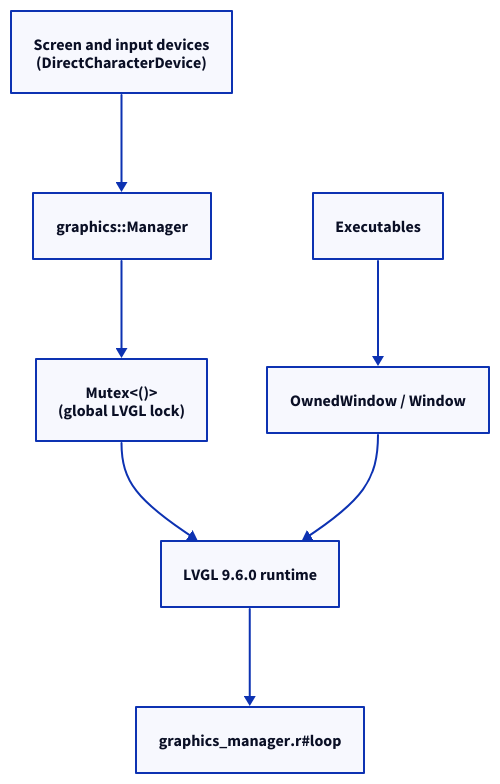
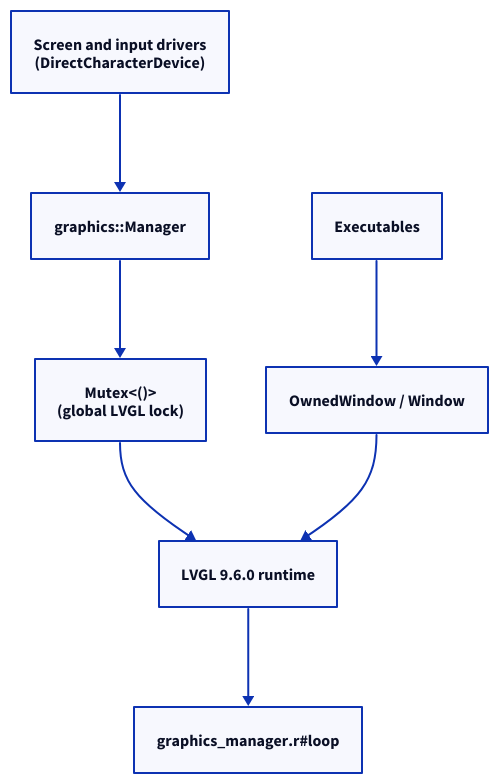
Before and after one commit to xila-project/website: the diagram in src/content/docs/explanation/architecture/subsystems/graphics.mdx, drawn with D2. The commit also changed 7 other files, not shown here.

First line of the commit message:
docs(diagrams): fix the subsystem diagrams after review

````diff
--- a/src/content/docs/explanation/architecture/subsystems/graphics.mdx
+++ b/src/content/docs/explanation/architecture/subsystems/graphics.mdx
@@ -25,18 +25,18 @@
 ```d2 title="Graphics manager coordinating devices, LVGL and application windows"
 direction: down
 
-devices: "Screen and input devices\n(DirectCharacterDevice)" { class: hardware }
-manager: "graphics::Manager" { class: focus }
+devices: "Screen and input drivers\n(DirectCharacterDevice)" { class: hardware }
+manager: "graphics::Manager" { class: component }
 lock: "Mutex<()>\n(global LVGL lock)" { class: component }
 lvgl: "LVGL 9.6.0 runtime" { class: component }
 loop: "graphics_manager.r#loop" { class: component }
 executables: "Executables" { class: component }
 window: "OwnedWindow / Window" { class: component }
 
 devices -> manager
 manager -> lock
 lock -> lvgl
 lvgl -> loop
 executables -> window
 window -> lvgl
 ```
````
